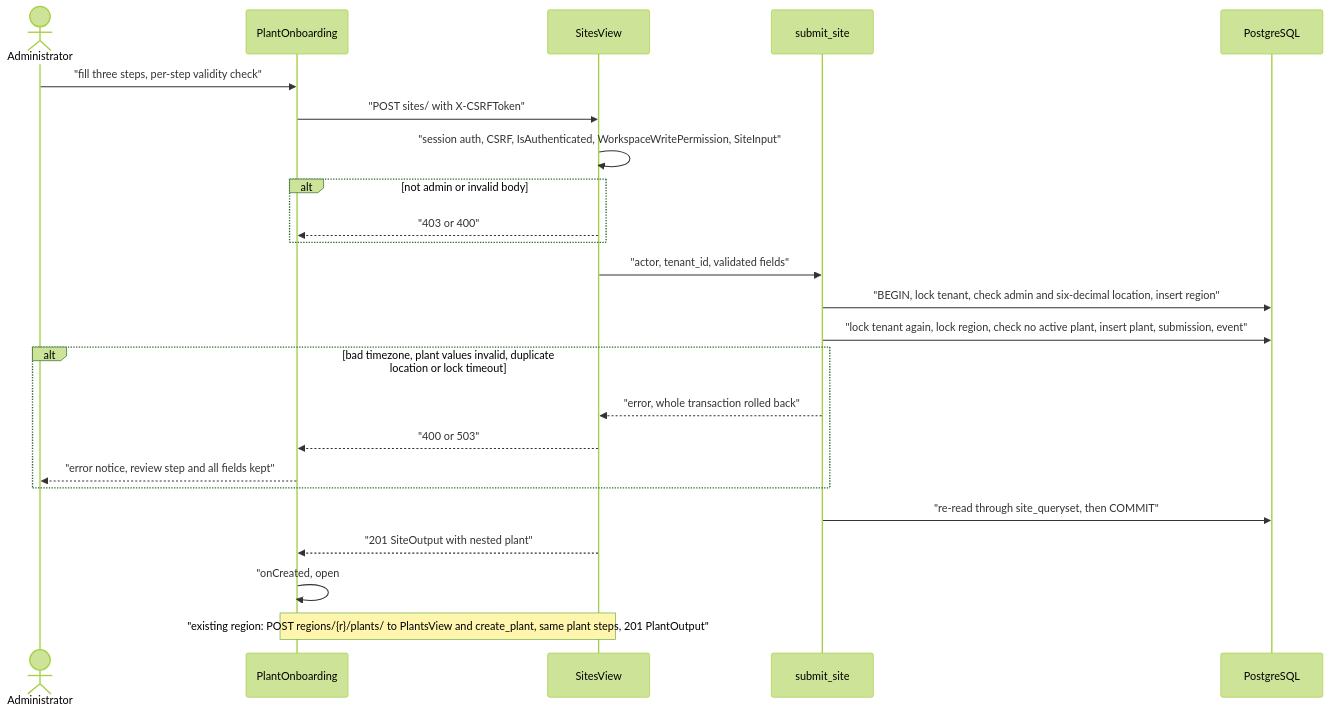
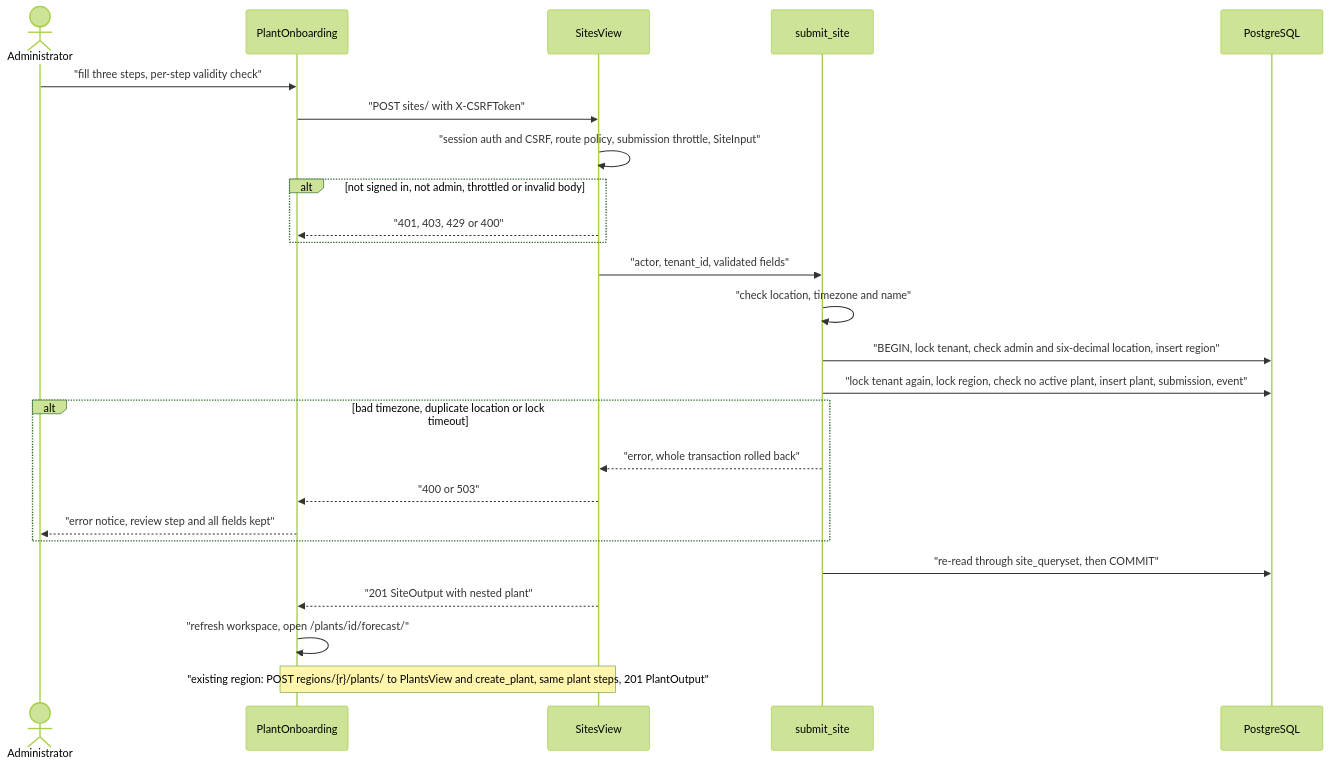
The diagram in docs/flows/site-onboarding.md (erkurtharun/pyracast), drawn with Mermaid (forest theme) before and after one commit. The commit also changed other lines of this file and 3 other files, not shown here.

First line of the commit message:
Bring the plant onboarding and approval flow pages in line with the code

````diff
--- a/docs/flows/site-onboarding.md
+++ b/docs/flows/site-onboarding.md
@@ -16,26 +17,27 @@
 ```mermaid
 sequenceDiagram
     actor A as Administrator
     participant UI as PlantOnboarding
     participant V as SitesView
     participant Op as submit_site
     participant DB as PostgreSQL
     A->>UI: "fill three steps, per-step validity check"
     UI->>V: "POST sites/ with X-CSRFToken"
-    V->>V: "session auth, CSRF, IsAuthenticated, WorkspaceWritePermission, SiteInput"
-    alt not admin or invalid body
-        V-->>UI: "403 or 400"
+    V->>V: "session auth and CSRF, route policy, submission throttle, SiteInput"
+    alt not signed in, not admin, throttled or invalid body
+        V-->>UI: "401, 403, 429 or 400"
     end
     V->>Op: "actor, tenant_id, validated fields"
+    Op->>Op: "check location, timezone and name"
     Op->>DB: "BEGIN, lock tenant, check admin and six-decimal location, insert region"
     Op->>DB: "lock tenant again, lock region, check no active plant, insert plant, submission, event"
-    alt bad timezone, plant values invalid, duplicate location or lock timeout
+    alt bad timezone, duplicate location or lock timeout
         Op-->>V: "error, whole transaction rolled back"
         V-->>UI: "400 or 503"
         UI-->>A: "error notice, review step and all fields kept"
     end
     Op->>DB: "re-read through site_queryset, then COMMIT"
     V-->>UI: "201 SiteOutput with nested plant"
-    UI->>UI: "onCreated, open #plant-id/forecast"
+    UI->>UI: "refresh workspace, open /plants/id/forecast/"
     Note over UI,V: "existing region: POST regions/{r}/plants/ to PlantsView and create_plant, same plant steps, 201 PlantOutput"
 ```
````
